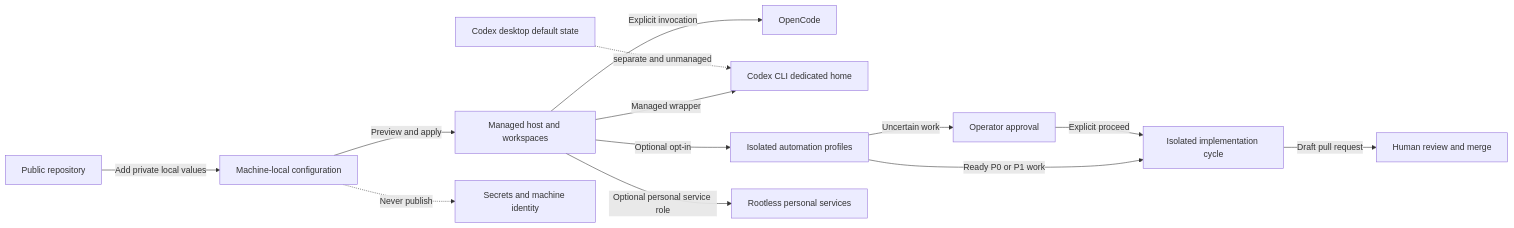
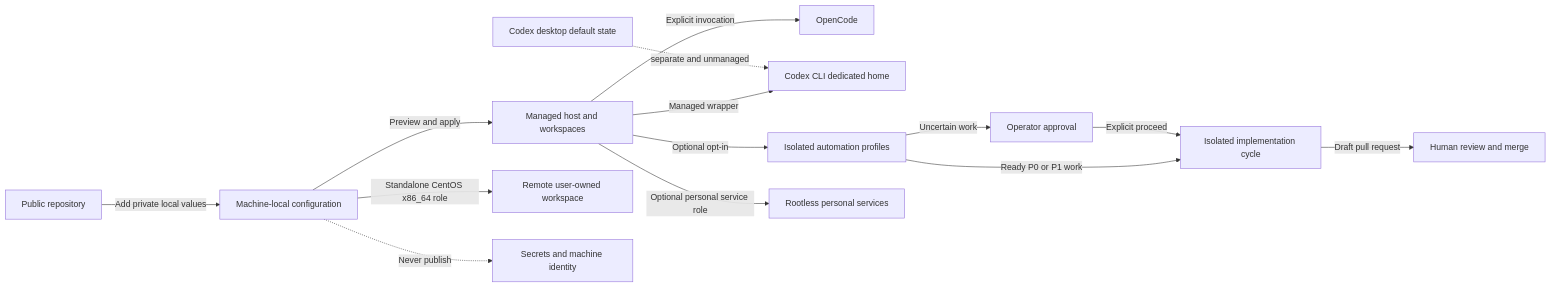
Before and after one commit to Saltiola7/dotfiles-ai: the diagram in docs/specs/dotfiles_ai_distribution/PRODUCT.md, drawn with Mermaid. The commit also changed other lines of this file and 12 other files, not shown here.

````diff
--- a/docs/specs/dotfiles_ai_distribution/PRODUCT.md
+++ b/docs/specs/dotfiles_ai_distribution/PRODUCT.md
@@ -75,17 +78,18 @@
 ```mermaid
 flowchart LR
     accTitle: dotfiles-ai product journey boundaries
     accDescr: A developer configures portable public defaults with private local values, applies independent OpenCode and Codex CLI runtimes, keeps Codex desktop state separate, opts into isolated automation, and reviews uncertain decisions and every draft pull request while secrets remain local.
     P[Public repository] -->|Add private local values| C[Machine-local configuration]
     C -->|Preview and apply| W[Managed host and workspaces]
     W -->|Explicit invocation| O[OpenCode]
     W -->|Managed wrapper| X[Codex CLI dedicated home]
     D[Codex desktop default state] -. separate and unmanaged .-> X
     W -->|Optional opt-in| A[Isolated automation profiles]
     W -->|Optional personal service role| S[Rootless personal services]
+    C -->|Standalone CentOS x86_64 role| V[Remote user-owned workspace]
     A -->|Ready P0 or P1 work| I[Isolated implementation cycle]
     A -->|Uncertain work| U[Operator approval]
     U -->|Explicit proceed| I
     I -->|Draft pull request| R[Human review and merge]
     C -.->|Never publish| N[Secrets and machine identity]
 ```
````
